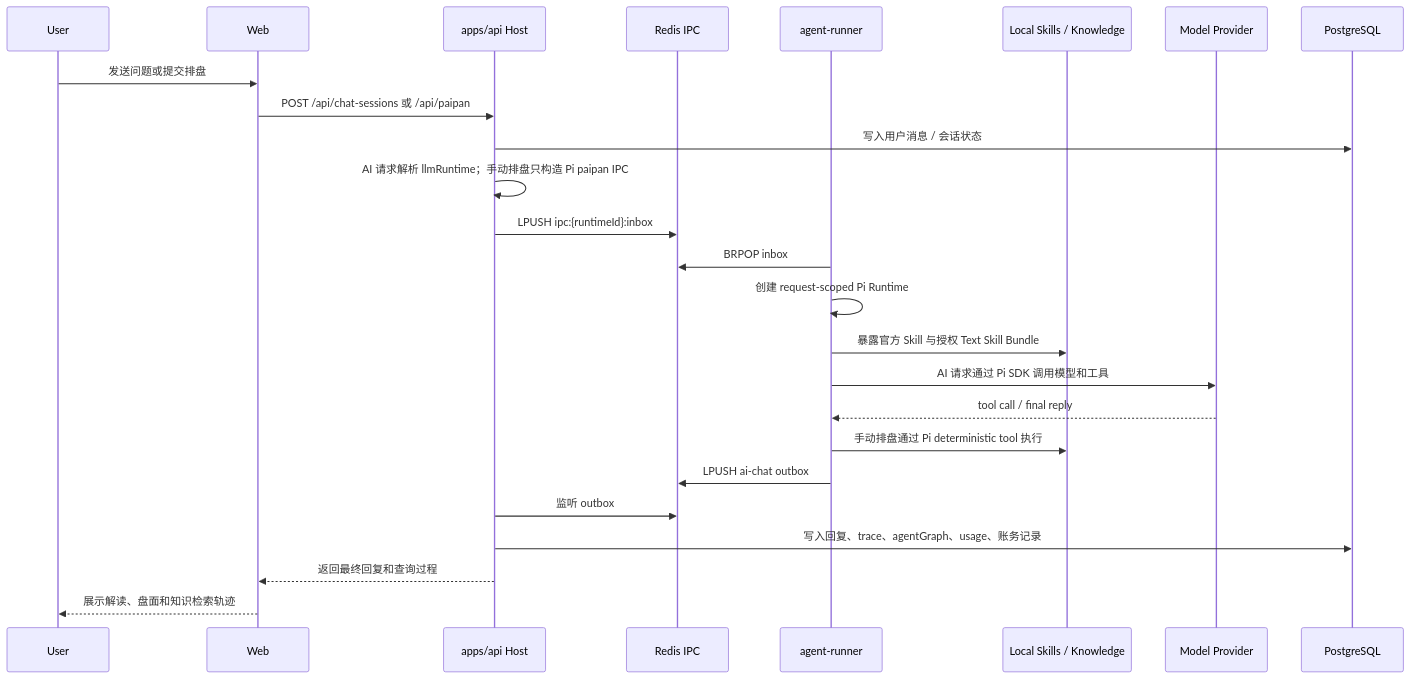
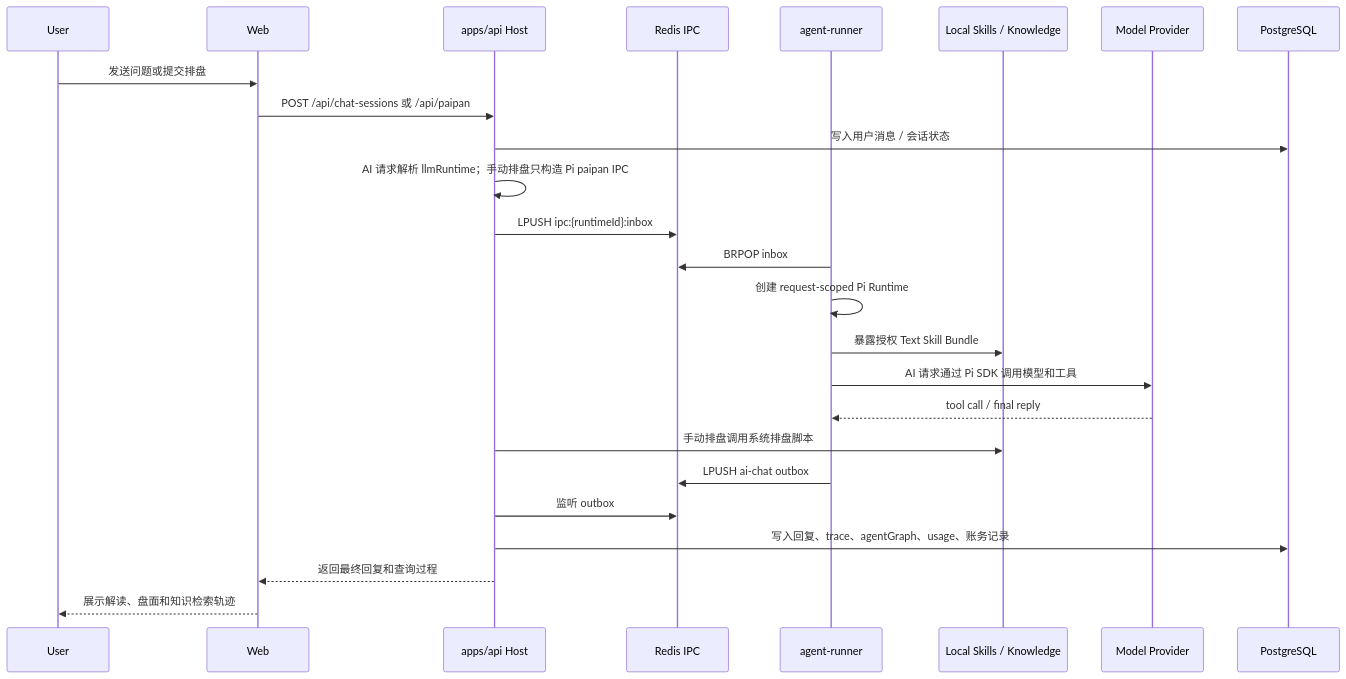
Before and after one commit to Coaixy/FateClaw: the third of 3 diagrams in README.md, drawn with Mermaid. The commit also changed other lines of this file and 54 other files, not shown here.

````diff
--- a/README.md
+++ b/README.md
@@ -100,28 +100,28 @@
 ```mermaid
 sequenceDiagram
   participant U as User
   participant W as Web
   participant H as apps/api Host
   participant R as Redis IPC
   participant A as agent-runner
   participant S as Local Skills / Knowledge
   participant M as Model Provider
   participant DB as PostgreSQL
 
   U->>W: 发送问题或提交排盘
   W->>H: POST /api/chat-sessions 或 /api/paipan
   H->>DB: 写入用户消息 / 会话状态
   H->>H: AI 请求解析 llmRuntime；手动排盘只构造 Pi paipan IPC
   H->>R: LPUSH ipc:{runtimeId}:inbox
   A->>R: BRPOP inbox
   A->>A: 创建 request-scoped Pi Runtime
-  A->>S: 暴露官方 Skill 与授权 Text Skill Bundle
+  A->>S: 暴露授权 Text Skill Bundle
   A->>M: AI 请求通过 Pi SDK 调用模型和工具
   M-->>A: tool call / final reply
-  A->>S: 手动排盘通过 Pi deterministic tool 执行
+  H->>S: 手动排盘调用系统排盘脚本
   A->>R: LPUSH ai-chat outbox
   H->>R: 监听 outbox
   H->>DB: 写入回复、trace、agentGraph、usage、账务记录
   H-->>W: 返回最终回复和查询过程
   W-->>U: 展示解读、盘面和知识检索轨迹
 ```
````
